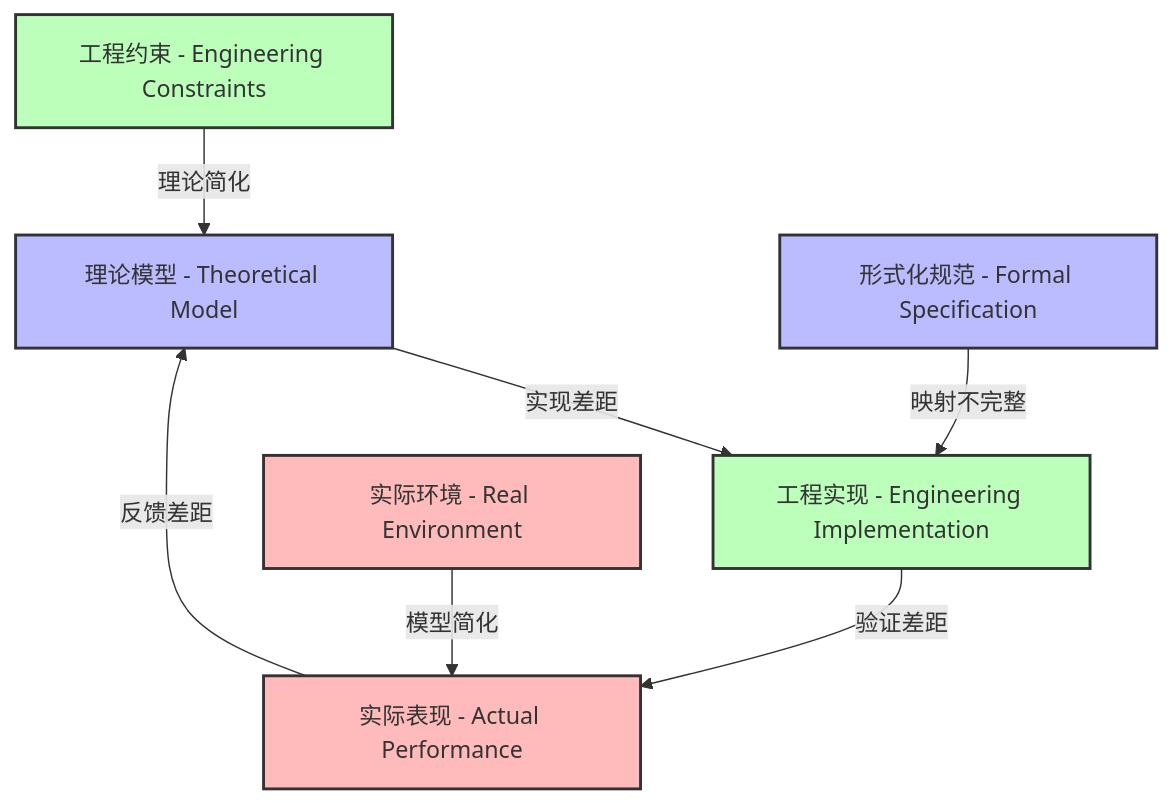
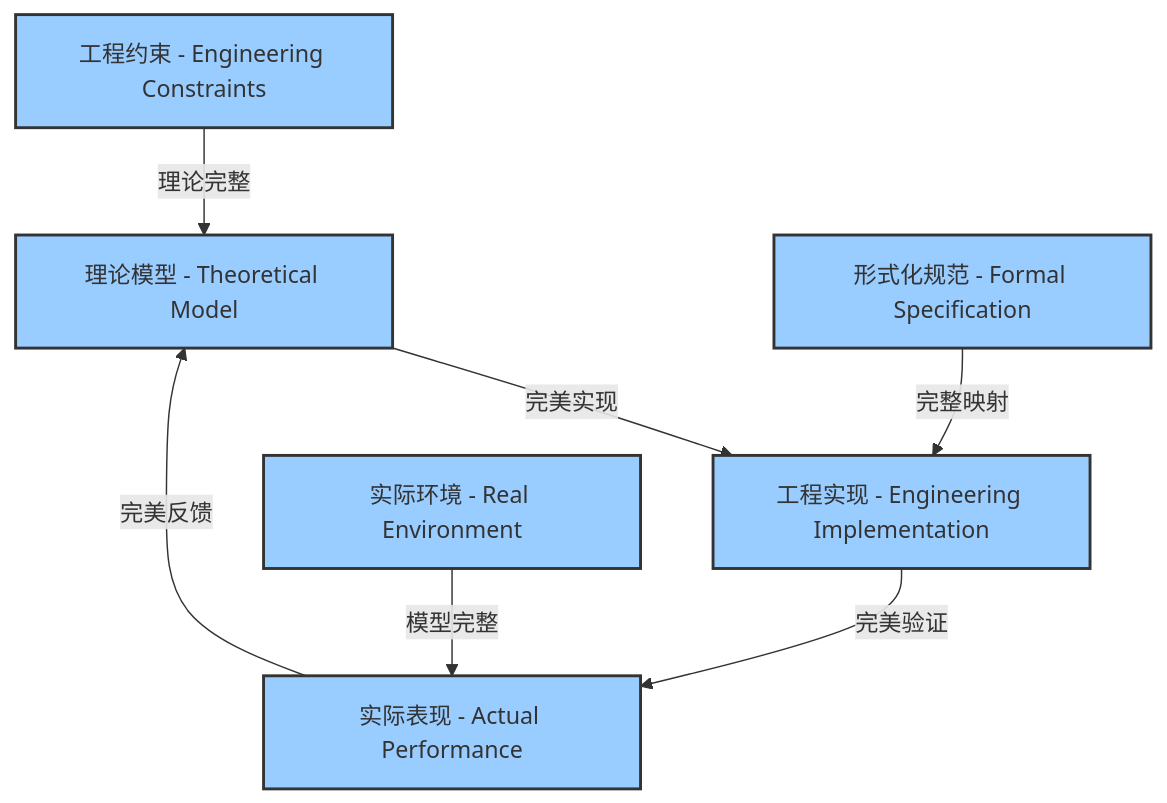
The third of 3 diagrams in formal_rust/EXECUTION_STATUS_V57.md (martin-ly/rust-lang), drawn with Mermaid before and after one commit. The commit also changed other lines of this file and 3 other files, not shown here.

````diff
--- a/formal_rust/EXECUTION_STATUS_V57.md
+++ b/formal_rust/EXECUTION_STATUS_V57.md
@@ -439,17 +496,17 @@
 ```mermaid
 graph TD
-    A[理论模型 - Theoretical Model] -->|实现差距| B[工程实现 - Engineering Implementation]
-    B -->|验证差距| C[实际表现 - Actual Performance]
-    C -->|反馈差距| A
+    A[理论模型 - Theoretical Model] -->|完美实现| B[工程实现 - Engineering Implementation]
+    B -->|完美验证| C[实际表现 - Actual Performance]
+    C -->|完美反馈| A
     
-    D[形式化规范 - Formal Specification] -->|映射不完整| B
-    E[工程约束 - Engineering Constraints] -->|理论简化| A
-    F[实际环境 - Real Environment] -->|模型简化| C
+    D[形式化规范 - Formal Specification] -->|完整映射| B
+    E[工程约束 - Engineering Constraints] -->|理论完整| A
+    F[实际环境 - Real Environment] -->|模型完整| C
     
-    style A fill:#bbf,stroke:#333,stroke-width:2px
-    style B fill:#bfb,stroke:#333,stroke-width:2px
-    style C fill:#fbb,stroke:#333,stroke-width:2px
-    style D fill:#bbf,stroke:#333,stroke-width:2px
-    style E fill:#bfb,stroke:#333,stroke-width:2px
-    style F fill:#fbb,stroke:#333,stroke-width:2px
+    style A fill:#9cf,stroke:#333,stroke-width:2px
+    style B fill:#9cf,stroke:#333,stroke-width:2px
+    style C fill:#9cf,stroke:#333,stroke-width:2px
+    style D fill:#9cf,stroke:#333,stroke-width:2px
+    style E fill:#9cf,stroke:#333,stroke-width:2px
+    style F fill:#9cf,stroke:#333,stroke-width:2px
 ```
````
